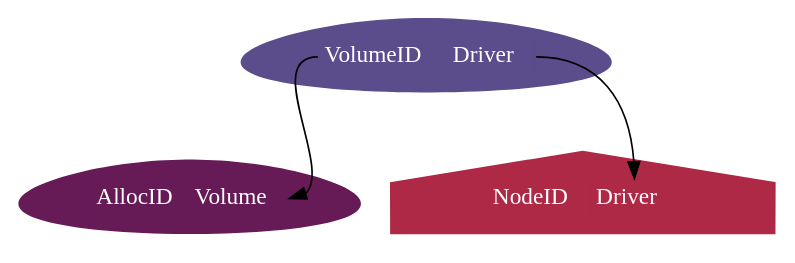
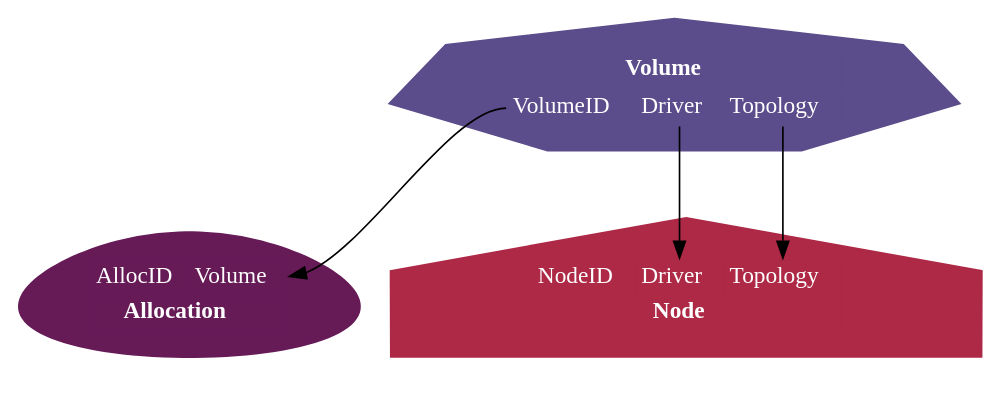
The diagram in doc/csi_volumes.dot (langmartin/nomad-dev), drawn with Graphviz before and after one commit.

Commit message:
titles for the objects

```diff
--- a/doc/csi_volumes.dot
+++ b/doc/csi_volumes.dot
@@ -1,40 +1,50 @@
 digraph {
 	// bgcolor="black"
 	// edge[color="white"]
 
 	// blue
-	node[style="filled" color="#5B4D8B" shape="egg" fontcolor="white"]
+	node[style="filled" color="#5B4D8B" shape="septagon" fontcolor="white"]
 	// vol[shape="record" label="<id> VolumeID|<dr> Driver"]
-	vol[label=<<table title="Volume" border="0" cellborder="1" cellspacing="1"><tr>
+	vol[label=<<table border="0" cellborder="1" cellspacing="1">
+	    <tr><td colspan="3"><b>Volume</b></td></tr><tr>
 	       <td port="id">VolumeID</td>
 	       <td port="dr">Driver</td>
+	       <td port="tp">Topology</td>
 	       </tr></table>>]
 
 	// purple
 	node[color="#661B57" shape="egg"]
 	// alloc[shape="record" label="<id> AllocID|<vol> Volume"]
-	alloc[label=<<table title="Alloc" border="0" cellborder="1" cellspacing="1"><tr>
+	alloc[label=<<table border="0" cellborder="1" cellspacing="1">
+	      <tr>
 	       <td port="id">AllocID</td>
 	       <td port="vol">Volume</td>
-	       </tr></table>>]
+	      </tr>
+	      <tr><td colspan="2"><b>Allocation</b></td></tr>
+	      </table>>]
 
 	// red
 	node[color="#AD2946" shape="house"]
 	// nnode[shape="record" label="<id> NodeID|<dr> Driver|..."]
-	nnode[label=<<table title="Node" border="0" cellborder="1" cellspacing="1"><tr>
+	nnode[label=<<table border="0" cellborder="1" cellspacing="1">
+	      <tr>
 	       <td port="id">NodeID</td>
 	       <td port="dr">Driver</td>
-	       </tr></table>>]
+	       <td port="tp">Topology</td>
+	      </tr>
+	      <tr><td colspan="3"><b>Node</b></td></tr>
+	      </table>>]
 
 	vol:id -> alloc:vol
 	vol:dr -> nnode:dr
+	vol:tp -> nnode:tp
 
 	// alloc:vol -> vol:id
 	// nnode:dr -> vol:dr
 
 	// orange
 	// node[color="#DB411F" shape="diamond"]
 
 	// yellow
 	// node[color="#E78F28" shape="square"]
 }
```
